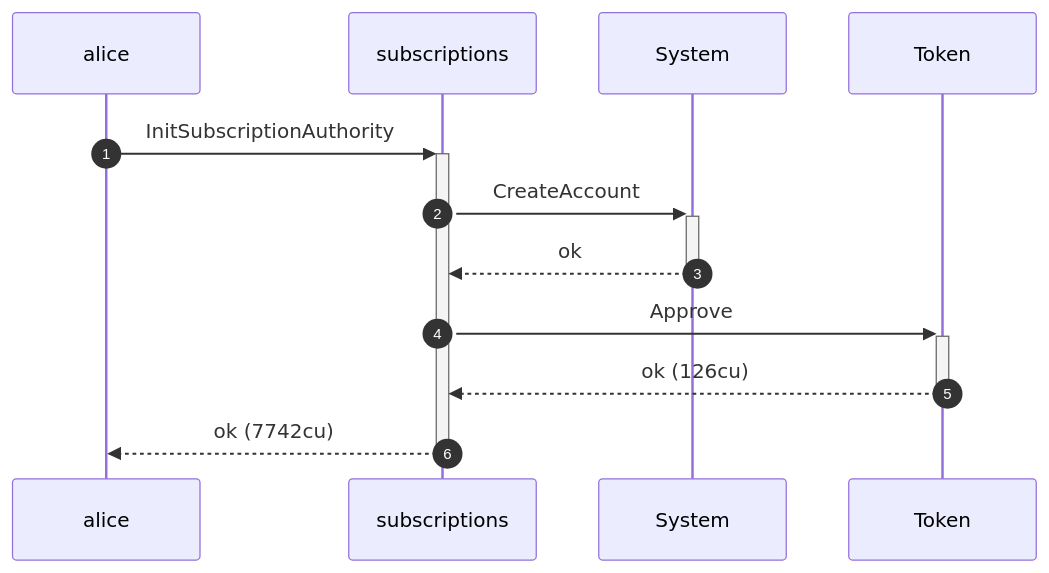
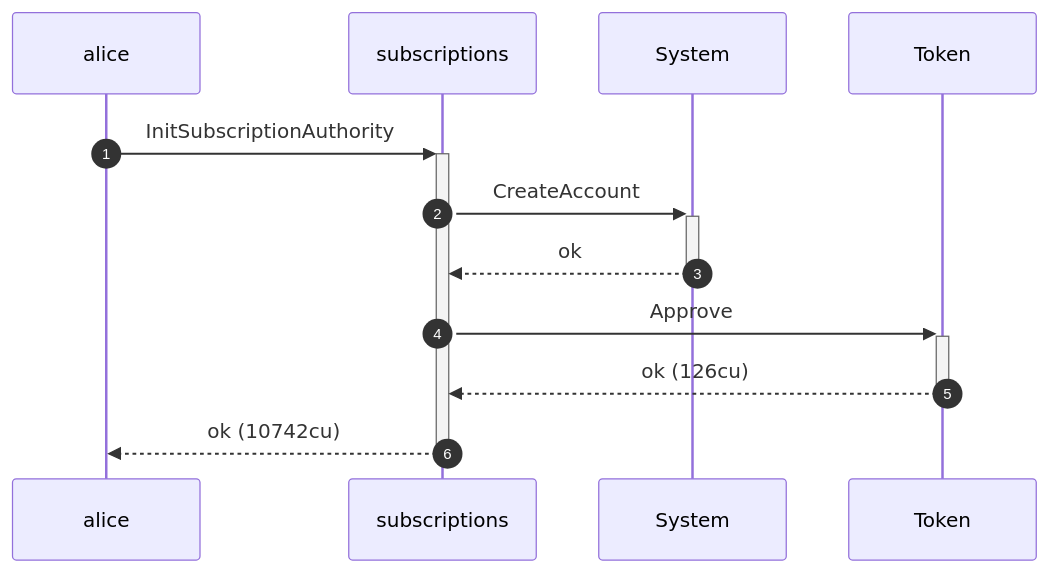
Before and after one commit to cds-rs/subscriptions: the second of 4 diagrams in dsl_tests/reject-a-recurring-delegation-whose-start-exceeds-its-expiry.md, drawn with Mermaid. The commit also changed other lines of this file and 224 other files, not shown here.

````diff
--- a/dsl_tests/reject-a-recurring-delegation-whose-start-exceeds-its-expiry.md
+++ b/dsl_tests/reject-a-recurring-delegation-whose-start-exceeds-its-expiry.md
@@ -38,14 +39,14 @@
 ```mermaid
 sequenceDiagram
     autonumber
     participant alice
     participant subscriptions
     participant System
     participant Token
     alice ->>+ subscriptions: InitSubscriptionAuthority
     subscriptions ->>+ System: CreateAccount
     System -->>- subscriptions: ok
     subscriptions ->>+ Token: Approve
     Token -->>- subscriptions: ok (126cu)
-    subscriptions -->>- alice: ok (7742cu)
+    subscriptions -->>- alice: ok (10742cu)
 ```
````
